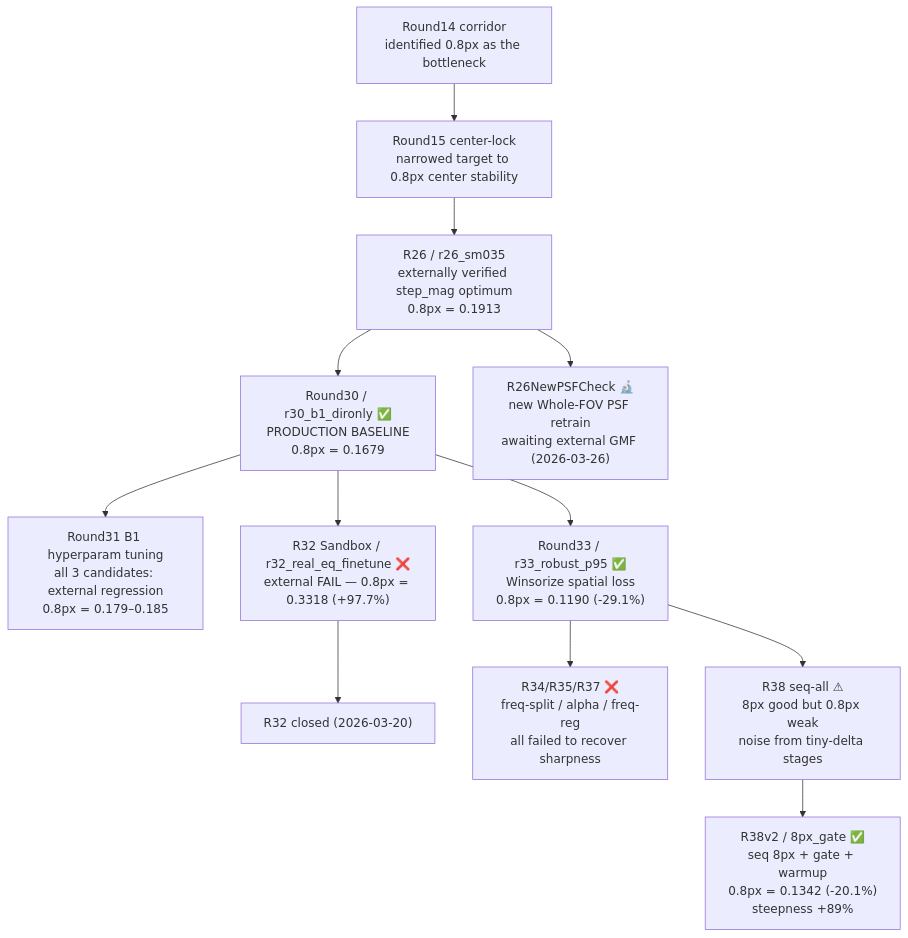
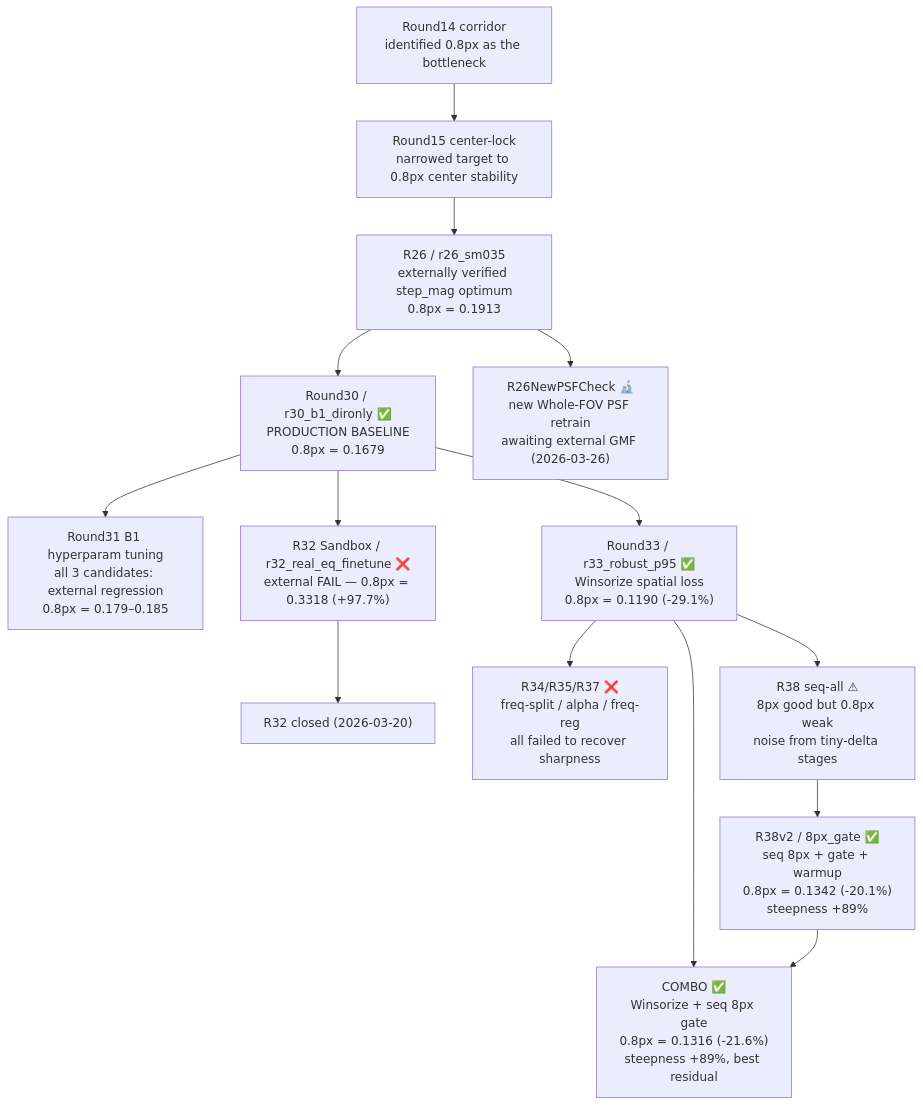
Before and after one commit to rio10255254/GMM_2_Final: the diagram in docs/analysis/RESEARCH_PATHS.md, drawn with Mermaid. The commit also changed other lines of this file and 245 other files, not shown here.

First line of the commit message:
exp+docs: COMBO (Winsorize+Seq) external GMF pass — three production candidates

````diff
--- a/docs/analysis/RESEARCH_PATHS.md
+++ b/docs/analysis/RESEARCH_PATHS.md
@@ -8,14 +8,16 @@
 ```mermaid
 flowchart TD
     R14["Round14 corridor<br/>identified 0.8px as the bottleneck"] --> R15["Round15 center-lock<br/>narrowed target to 0.8px center stability"]
     R15 --> R26["R26 / r26_sm035<br/>externally verified step_mag optimum<br/>0.8px = 0.1913"]
     R26 --> R30["Round30 / r30_b1_dironly ✅<br/>PRODUCTION BASELINE<br/>0.8px = 0.1679"]
     R30 --> R31["Round31 B1 hyperparam tuning<br/>all 3 candidates: external regression<br/>0.8px = 0.179–0.185"]
     R30 --> R32["R32 Sandbox / r32_real_eq_finetune ❌<br/>external FAIL — 0.8px = 0.3318 (+97.7%)"]
     R32 --> CLOSED["R32 closed (2026-03-20)"]
     R26 --> R26PSF["R26NewPSFCheck 🔬<br/>new Whole-FOV PSF retrain<br/>awaiting external GMF (2026-03-26)"]
     R30 --> R33["Round33 / r33_robust_p95 ✅<br/>Winsorize spatial loss<br/>0.8px = 0.1190 (-29.1%)"]
     R33 --> R34_37["R34/R35/R37 ❌<br/>freq-split / alpha / freq-reg<br/>all failed to recover sharpness"]
     R33 --> R38["R38 seq-all ⚠<br/>8px good but 0.8px weak<br/>noise from tiny-delta stages"]
     R38 --> R38v2["R38v2 / 8px_gate ✅<br/>seq 8px + gate + warmup<br/>0.8px = 0.1342 (-20.1%)<br/>steepness +89%"]
+    R33 --> COMBO["COMBO ✅<br/>Winsorize + seq 8px gate<br/>0.8px = 0.1316 (-21.6%)<br/>steepness +89%, best residual"]
+    R38v2 --> COMBO
 ```
````
